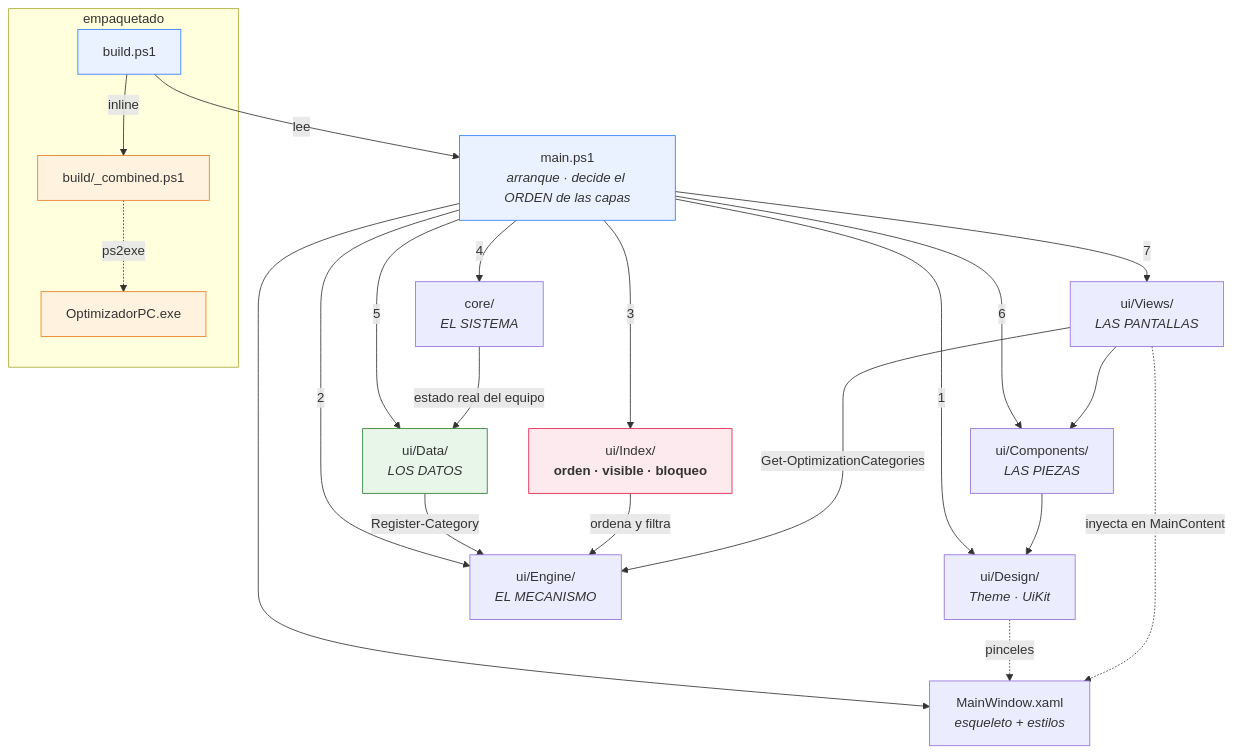
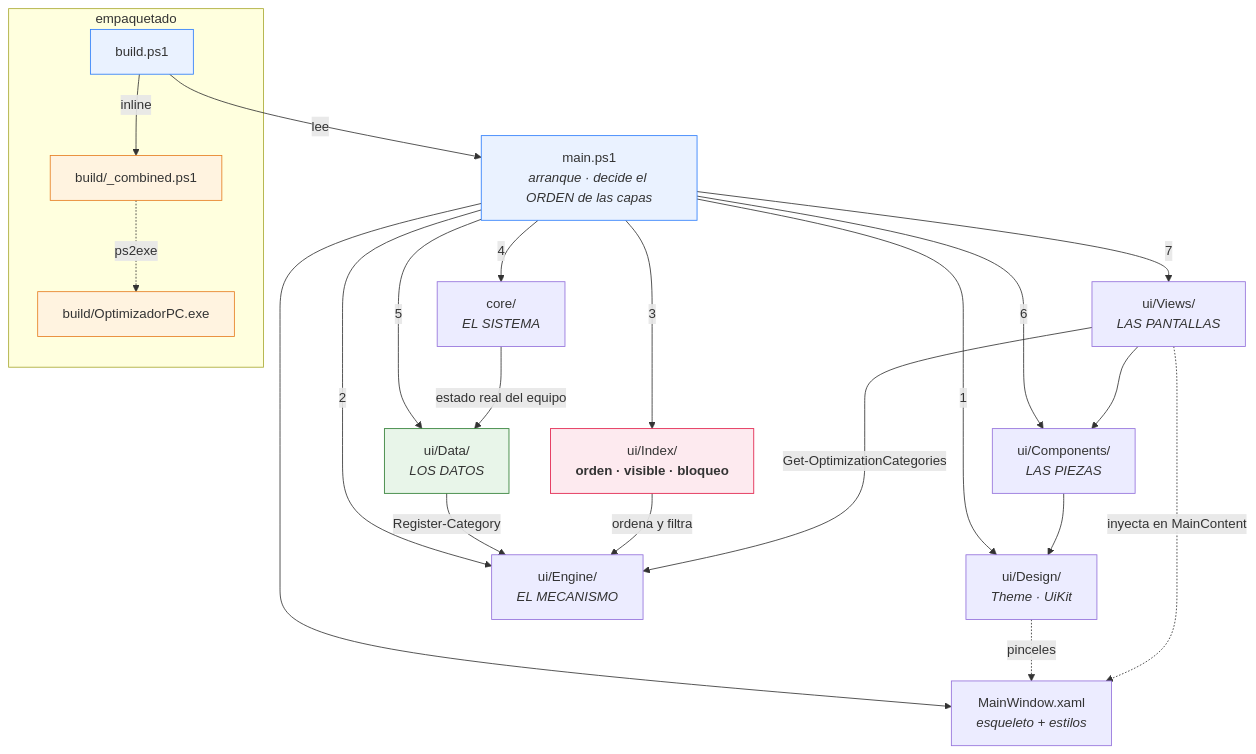
One commit to johansparra/OptimizadorPC changed the first of 4 diagrams in README.md. Above: the diagram before and after it, drawn with Mermaid. The commit also changed other lines of this file and 7 other files, not shown here.

````diff
--- a/README.md
+++ b/README.md
@@ -397,38 +397,38 @@
 ```mermaid
 graph TD
     subgraph BUILD["empaquetado"]
         BLD["build.ps1"] -->|inline| COMB["build/_combined.ps1"]
-        COMB -.->|ps2exe| EXE["OptimizadorPC.exe"]
+        COMB -.->|ps2exe| EXE["build/OptimizadorPC.exe"]
     end
 
     MAIN["main.ps1<br/><i>arranque · decide el ORDEN de las capas</i>"]
 
     MAIN -->|1| DESIGN["ui/Design/<br/><i>Theme · UiKit</i>"]
     MAIN -->|2| ENGINE["ui/Engine/<br/><i>EL MECANISMO</i>"]
     MAIN -->|3| IDX["ui/Index/<br/><b>orden · visible · bloqueo</b>"]
     MAIN -->|4| CORE["core/<br/><i>EL SISTEMA</i>"]
     MAIN -->|5| DATA["ui/Data/<br/><i>LOS DATOS</i>"]
     MAIN -->|6| COMPS["ui/Components/<br/><i>LAS PIEZAS</i>"]
     MAIN -->|7| VIEWS["ui/Views/<br/><i>LAS PANTALLAS</i>"]
     MAIN --> XAML["MainWindow.xaml<br/><i>esqueleto + estilos</i>"]
 
     DATA -->|Register-Category| ENGINE
     IDX -->|ordena y filtra| ENGINE
     VIEWS -->|Get-OptimizationCategories| ENGINE
     VIEWS --> COMPS
     COMPS --> DESIGN
     CORE -->|estado real del equipo| DATA
     DESIGN -.->|pinceles| XAML
     VIEWS -.->|inyecta en MainContent| XAML
 
     BLD -->|lee| MAIN
 
     classDef data fill:#E8F5E9,stroke:#2E7D32,color:#333
     classDef gen fill:#FFF3E0,stroke:#E67E22,color:#333
     classDef entry fill:#EAF2FF,stroke:#2D7DFB,color:#333
     classDef main fill:#FDEAEF,stroke:#E11D48,color:#333
     class DATA data
     class COMB,EXE gen
     class MAIN,BLD entry
     class IDX main
 ```
````
